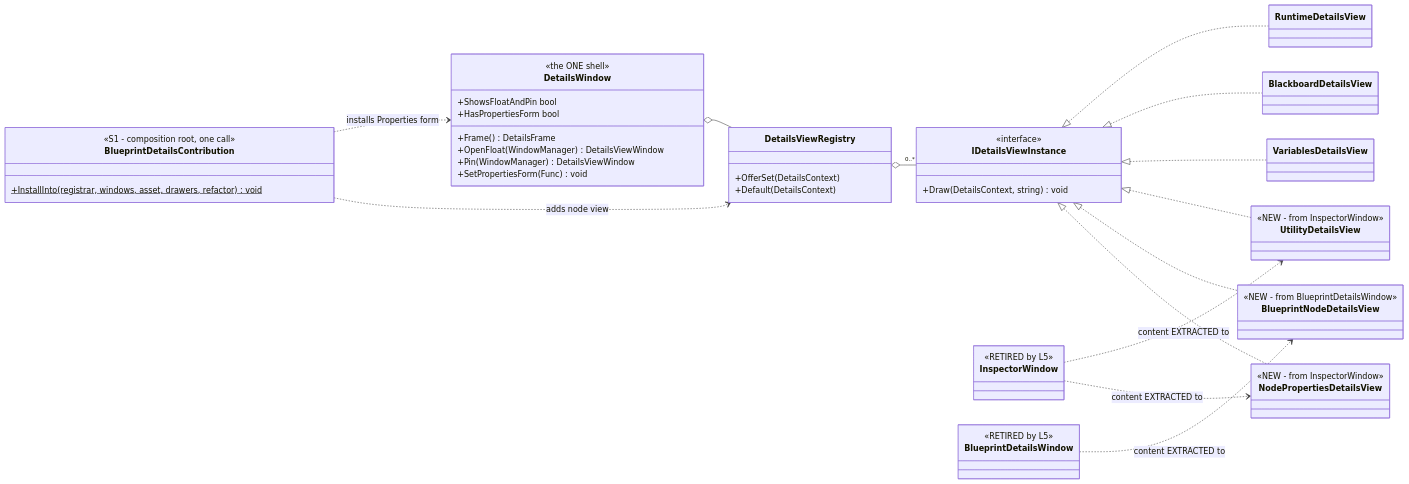
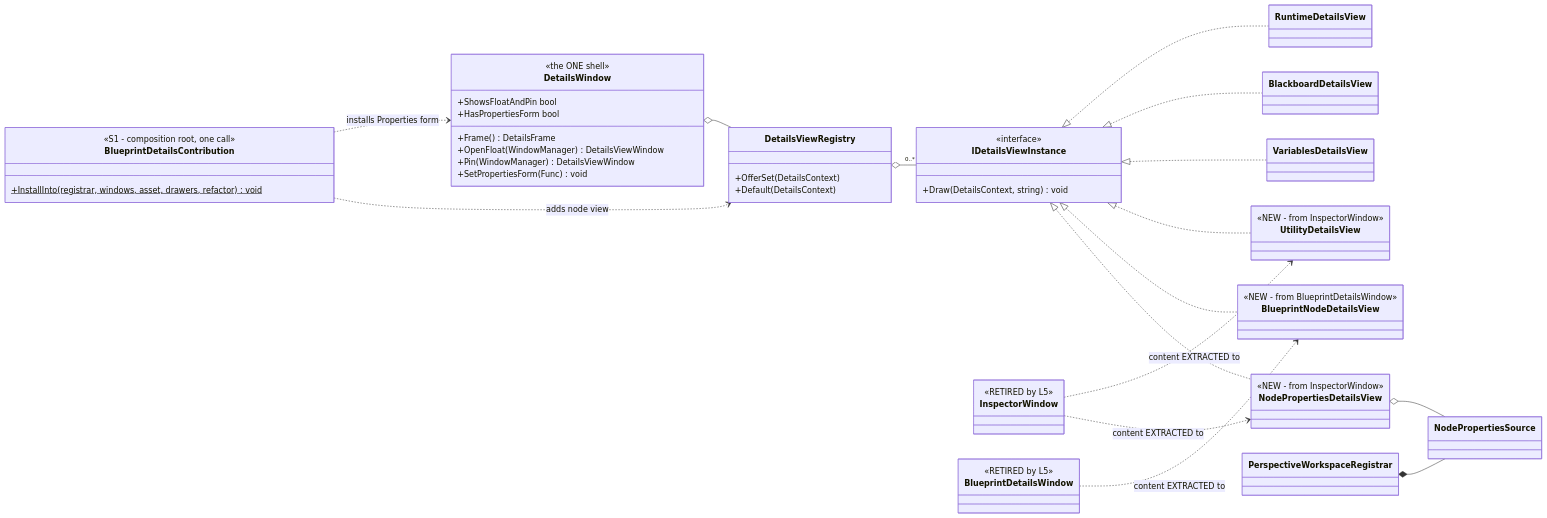
The ninth of 10 diagrams in docs/blueprints/DESIGN_Details_Panel_View_Switching.md (pjanec/HROT), drawn with Mermaid before and after one commit. The commit also changed other lines of this file and 19 other files, not shown here.

````diff
--- a/docs/blueprints/DESIGN_Details_Panel_View_Switching.md
+++ b/docs/blueprints/DESIGN_Details_Panel_View_Switching.md
@@ -699,63 +699,66 @@
 ```mermaid
 classDiagram
     direction LR
 
     class DetailsWindow {
         <<the ONE shell>>
         +Frame() DetailsFrame
         +OpenFloat(WindowManager) DetailsViewWindow
         +Pin(WindowManager) DetailsViewWindow
         +ShowsFloatAndPin bool
         +SetPropertiesForm(Func) void
         +HasPropertiesForm bool
     }
     class BlueprintDetailsContribution {
         <<S1 - composition root, one call>>
         +InstallInto(registrar, windows, asset, drawers, refactor)$ void
     }
     class DetailsViewRegistry {
         +OfferSet(DetailsContext)
         +Default(DetailsContext)
     }
     class IDetailsViewInstance {
         <<interface>>
         +Draw(DetailsContext, string) void
     }
 
     class NodePropertiesDetailsView {
         <<NEW - from InspectorWindow>>
     }
     class BlueprintNodeDetailsView {
         <<NEW - from BlueprintDetailsWindow>>
     }
     class UtilityDetailsView {
         <<NEW - from InspectorWindow>>
     }
     class VariablesDetailsView
     class BlackboardDetailsView
     class RuntimeDetailsView
 
     class InspectorWindow {
         <<RETIRED by L5>>
     }
     class BlueprintDetailsWindow {
         <<RETIRED by L5>>
     }
 
     DetailsWindow o-- DetailsViewRegistry
     DetailsViewRegistry o-- "0..*" IDetailsViewInstance
 
     IDetailsViewInstance <|.. NodePropertiesDetailsView
     IDetailsViewInstance <|.. BlueprintNodeDetailsView
     IDetailsViewInstance <|.. UtilityDetailsView
     IDetailsViewInstance <|.. VariablesDetailsView
     IDetailsViewInstance <|.. BlackboardDetailsView
     IDetailsViewInstance <|.. RuntimeDetailsView
 
     InspectorWindow ..> NodePropertiesDetailsView : content EXTRACTED to
     InspectorWindow ..> UtilityDetailsView : content EXTRACTED to
     BlueprintDetailsWindow ..> BlueprintNodeDetailsView : content EXTRACTED to
 
     BlueprintDetailsContribution ..> DetailsViewRegistry : adds node view
     BlueprintDetailsContribution ..> DetailsWindow : installs Properties form
+
+    NodePropertiesDetailsView o-- NodePropertiesSource
+    PerspectiveWorkspaceRegistrar *-- NodePropertiesSource
 ```
````
